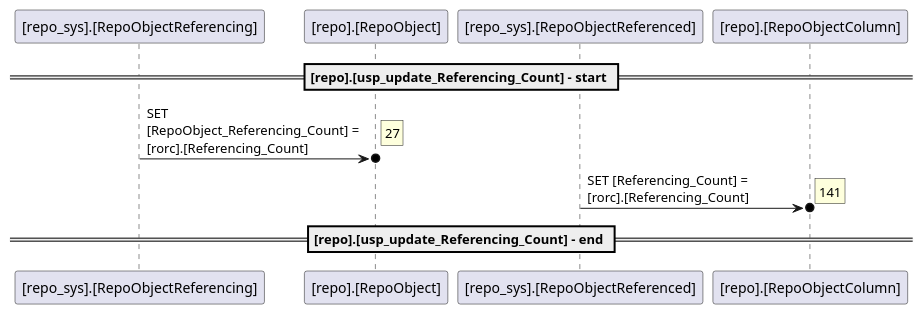
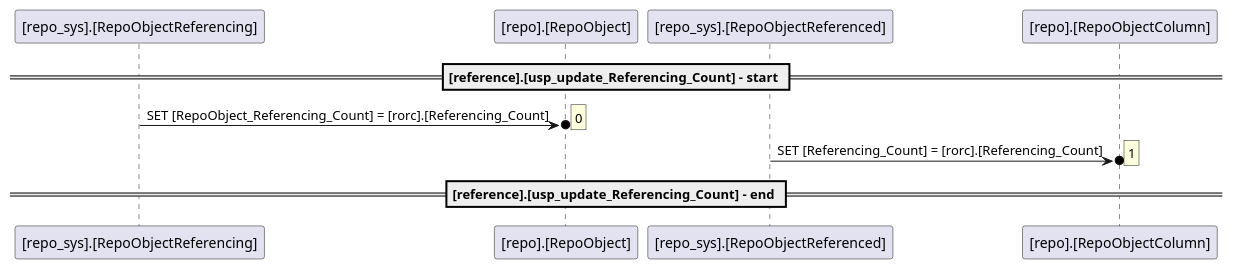
One commit to DataHandwerk/dhw-antora-docs changed the sixth of 8 diagrams in docs/modules/arc/partials/06_runtime_view.adoc. Above: the diagram before and after it, drawn with PlantUML. The commit also changed other lines of this file and 19 other files, not shown here.

```diff
--- a/docs/modules/arc/partials/06_runtime_view.adoc
+++ b/docs/modules/arc/partials/06_runtime_view.adoc
@@ -256,13 +336,13 @@
 [plantuml, dhw-sequence-usp_update_Referencing_Count, svg]
 ....
-skinparam maxmessagesize 220
 
-== [repo].[usp_update_Referencing_Count] - start ==
+== [reference].[usp_update_Referencing_Count] - start ==
 
 "[repo_sys].[RepoObjectReferencing]" ->O "[repo].[RepoObject]" : SET [RepoObject_Referencing_Count] = [rorc].[Referencing_Count]
-rnote right:27
+rnote right:0
 "[repo_sys].[RepoObjectReferenced]" ->O "[repo].[RepoObjectColumn]" : SET [Referencing_Count] = [rorc].[Referencing_Count]
-rnote right:141
+rnote right:1
 
-== [repo].[usp_update_Referencing_Count] - end ==
+== [reference].[usp_update_Referencing_Count] - end ==
+
 ....
```
